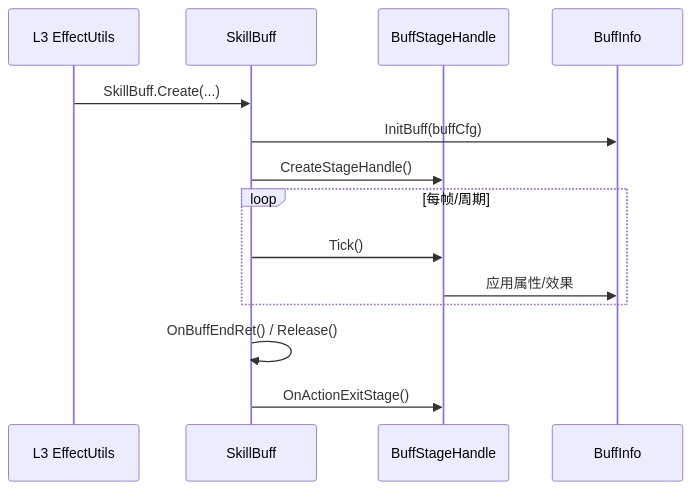
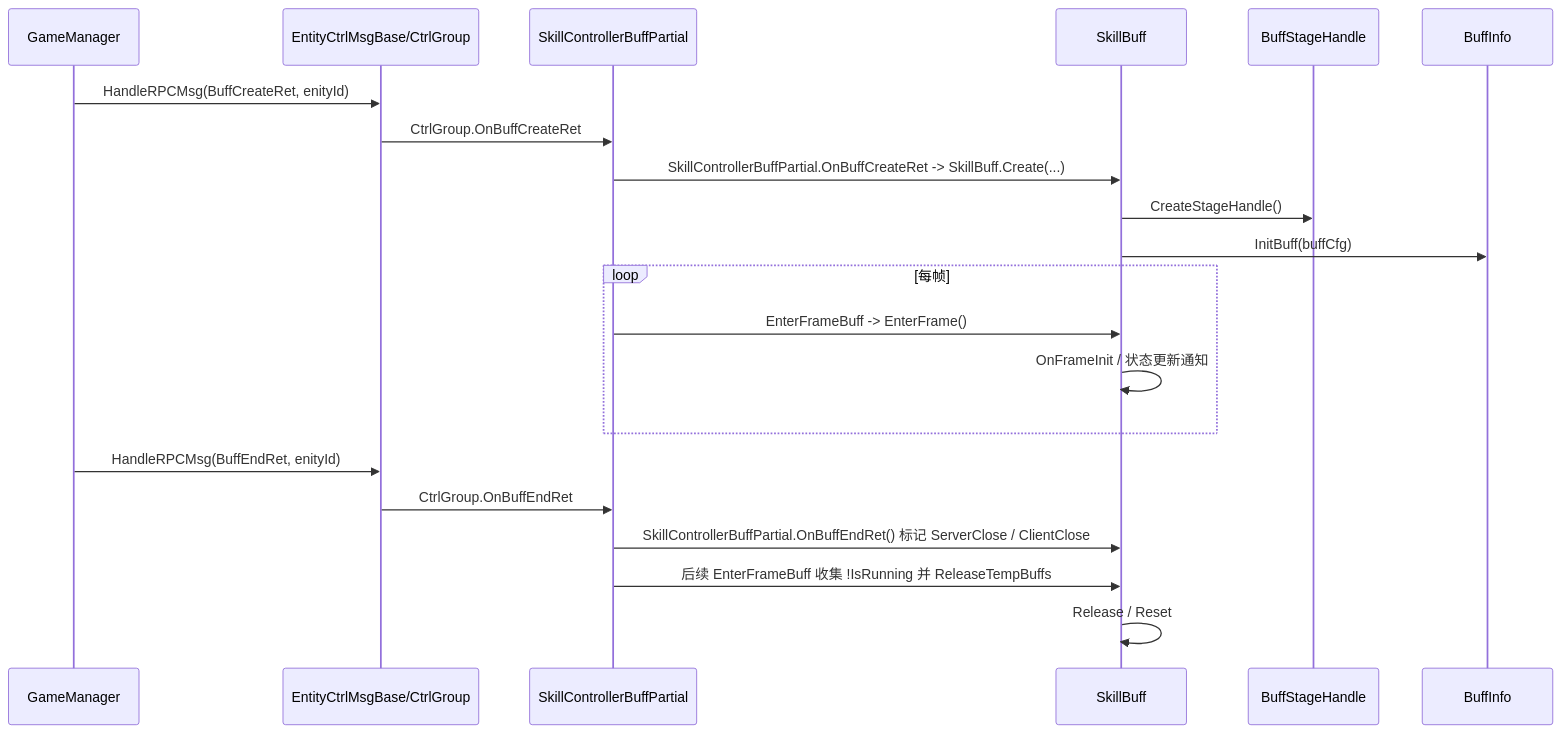
One commit to BoyLei/Stars changed the second of 2 diagrams in diagrams/battle/L4_COMBAT_EFFECT.md. Above: the diagram before and after it, drawn with Mermaid. The commit also changed other lines of this file and 135 other files, not shown here.

Commit message:
Refactor Stars client module and startup flow

````diff
--- a/diagrams/battle/L4_COMBAT_EFFECT.md
+++ b/diagrams/battle/L4_COMBAT_EFFECT.md
@@ -46,16 +48,23 @@
 ```mermaid
 sequenceDiagram
-    participant Src as L3 EffectUtils
+    participant GM as GameManager
+    participant ECG as EntityCtrlMsgBase/CtrlGroup
+    participant Src as SkillControllerBuffPartial
     participant SB as SkillBuff
     participant BSH as BuffStageHandle
     participant BI as BuffInfo
-    Src->>SB: SkillBuff.Create(...)
+    GM->>ECG: HandleRPCMsg(BuffCreateRet, enityId)
+    ECG->>Src: CtrlGroup.OnBuffCreateRet
+    Src->>SB: SkillControllerBuffPartial.OnBuffCreateRet -> SkillBuff.Create(...)
+    SB->>BSH: CreateStageHandle()
     SB->>BI: InitBuff(buffCfg)
-    SB->>BSH: CreateStageHandle()
-    loop 每帧/周期
-        SB->>BSH: Tick()
-        BSH->>BI: 应用属性/效果
+    loop 每帧
+        Src->>SB: EnterFrameBuff -> EnterFrame()
+        SB->>SB: OnFrameInit / 状态更新通知
     end
-    SB->>SB: OnBuffEndRet() / Release()
-    SB->>BSH: OnActionExitStage()
+    GM->>ECG: HandleRPCMsg(BuffEndRet, enityId)
+    ECG->>Src: CtrlGroup.OnBuffEndRet
+    Src->>SB: SkillControllerBuffPartial.OnBuffEndRet() 标记 ServerClose / ClientClose
+    Src->>SB: 后续 EnterFrameBuff 收集 !IsRunning 并 ReleaseTempBuffs
+    SB->>SB: Release / Reset
 ```
````
